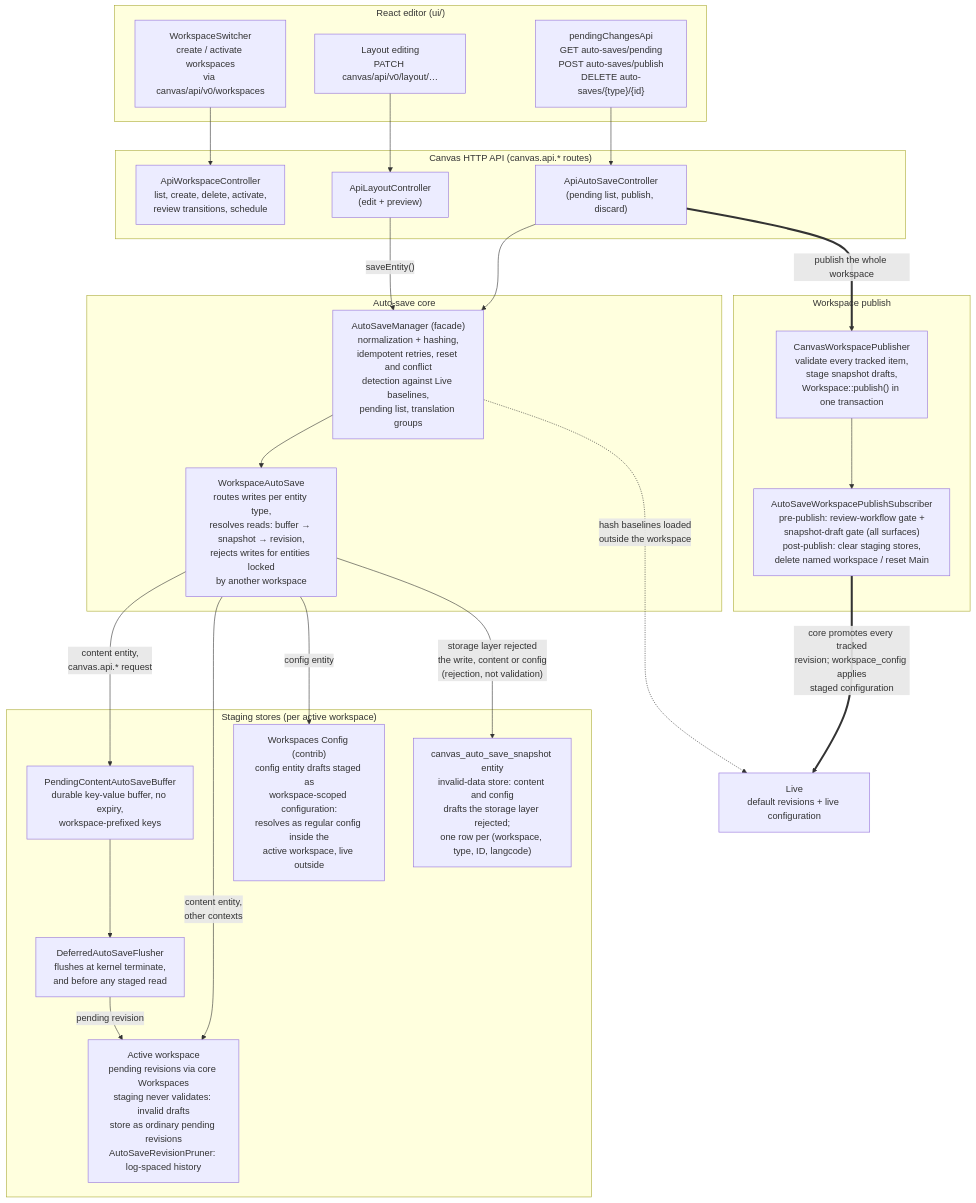
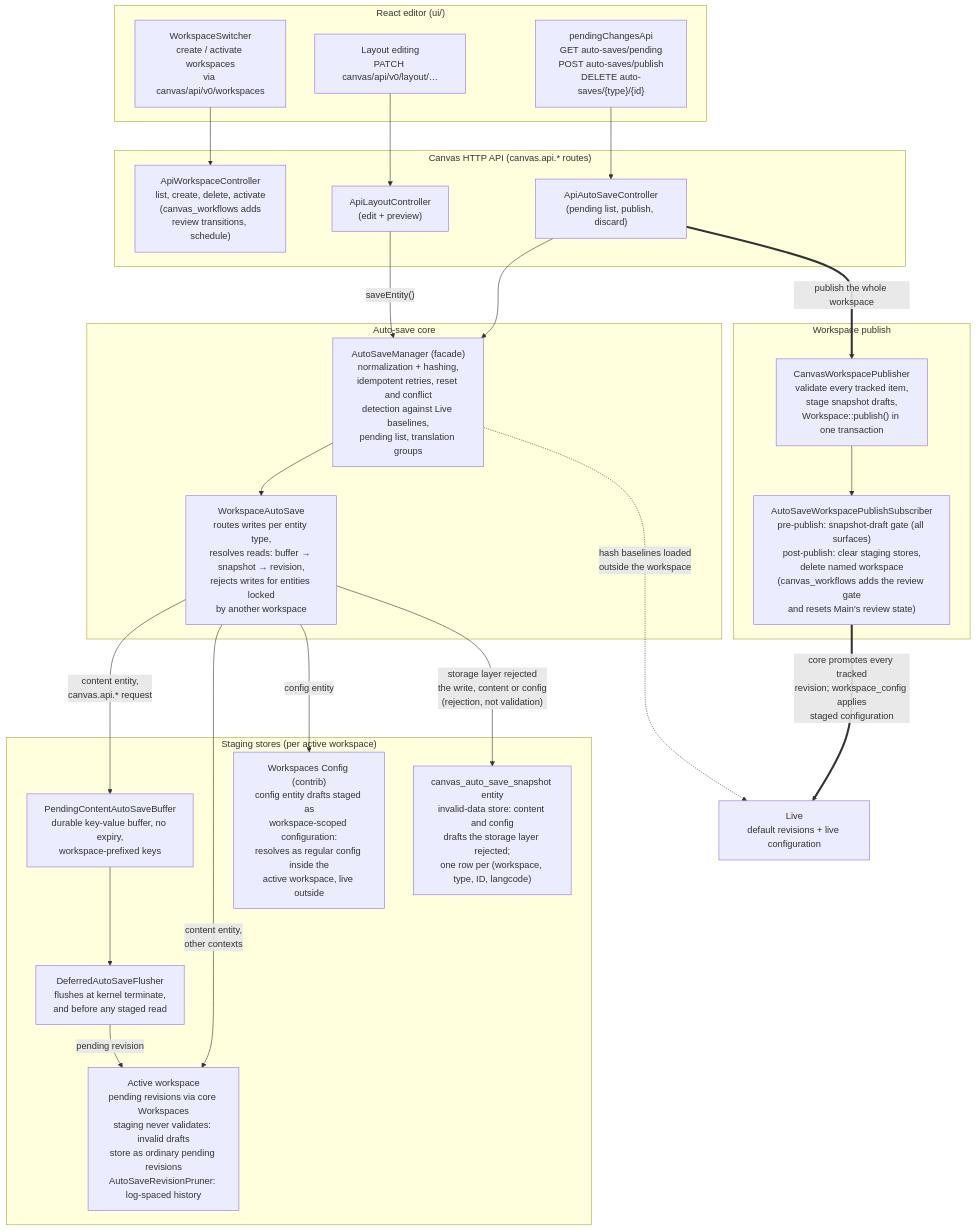
Before and after one commit to tedbow/canvas-lauriii: the diagram in docs/diagrams/workspace-autosave.md, drawn with Mermaid. The commit also changed other lines of this file and 5 other files, not shown here.

First line of the commit message:
🤖 Document the canvas_workflows split in OpenAPI, ADR 0017 and the sub-module README

````diff
--- a/docs/diagrams/workspace-autosave.md
+++ b/docs/diagrams/workspace-autosave.md
@@ -31,51 +31,51 @@
 ```mermaid
 flowchart TB
     subgraph UI["React editor (ui/)"]
         switcher["WorkspaceSwitcher<br>create / activate workspaces<br>via canvas/api/v0/workspaces"]
         layoutApi["Layout editing<br>PATCH canvas/api/v0/layout/…"]
         pendingApi["pendingChangesApi<br>GET auto-saves/pending<br>POST auto-saves/publish<br>DELETE auto-saves/{type}/{id}"]
     end
 
     subgraph HTTP["Canvas HTTP API (canvas.api.* routes)"]
-        wsCtl["ApiWorkspaceController<br>list, create, delete, activate,<br>review transitions, schedule"]
+        wsCtl["ApiWorkspaceController<br>list, create, delete, activate<br>(canvas_workflows adds<br>review transitions, schedule)"]
         layoutCtl["ApiLayoutController<br>(edit + preview)"]
         autoSaveCtl["ApiAutoSaveController<br>(pending list, publish, discard)"]
     end
 
     subgraph Core["Auto-save core"]
         asm["AutoSaveManager (facade)<br>normalization + hashing,<br>idempotent retries, reset and conflict<br>detection against Live baselines,<br>pending list, translation groups"]
         wsa["WorkspaceAutoSave<br>routes writes per entity type,<br>resolves reads: buffer → snapshot → revision,<br>rejects writes for entities locked<br>by another workspace"]
     end
 
     subgraph Staging["Staging stores (per active workspace)"]
         buffer["PendingContentAutoSaveBuffer<br>durable key-value buffer, no expiry,<br>workspace-prefixed keys"]
         flusher["DeferredAutoSaveFlusher<br>flushes at kernel terminate,<br>and before any staged read"]
         snapshot["canvas_auto_save_snapshot entity<br>invalid-data store: content and config<br>drafts the storage layer rejected;<br>one row per (workspace, type, ID, langcode)"]
         ws["Active workspace<br>pending revisions via core Workspaces<br>staging never validates: invalid drafts<br>store as ordinary pending revisions<br>AutoSaveRevisionPruner: log-spaced history"]
         wsconfig["Workspaces Config (contrib)<br>config entity drafts staged as<br>workspace-scoped configuration:<br>resolves as regular config inside the<br>active workspace, live outside"]
     end
 
     subgraph Publish["Workspace publish"]
         publisher["CanvasWorkspacePublisher<br>validate every tracked item,<br>stage snapshot drafts,<br>Workspace::publish() in one transaction"]
-        gate["AutoSaveWorkspacePublishSubscriber<br>pre-publish: review-workflow gate +<br>snapshot-draft gate (all surfaces)<br>post-publish: clear staging stores,<br>delete named workspace / reset Main"]
+        gate["AutoSaveWorkspacePublishSubscriber<br>pre-publish: snapshot-draft gate (all surfaces)<br>post-publish: clear staging stores,<br>delete named workspace<br>(canvas_workflows adds the review gate<br>and resets Main's review state)"]
     end
 
     live["Live<br>default revisions + live configuration"]
 
     switcher --> wsCtl
     layoutApi --> layoutCtl
     pendingApi --> autoSaveCtl
     layoutCtl -- "saveEntity()" --> asm
     autoSaveCtl --> asm
     asm --> wsa
     wsa -- "content entity,<br>canvas.api.* request" --> buffer
     buffer --> flusher
     flusher -- "pending revision" --> ws
     wsa -- "content entity,<br>other contexts" --> ws
     wsa -- "config entity" --> wsconfig
     wsa -- "storage layer rejected<br>the write, content or config<br>(rejection, not validation)" --> snapshot
     autoSaveCtl == "publish the whole workspace" ==> publisher
     publisher --> gate
     gate == "core promotes every tracked<br>revision; workspace_config applies<br>staged configuration" ==> live
     asm -. "hash baselines loaded<br>outside the workspace" .-> live
 ```
````
